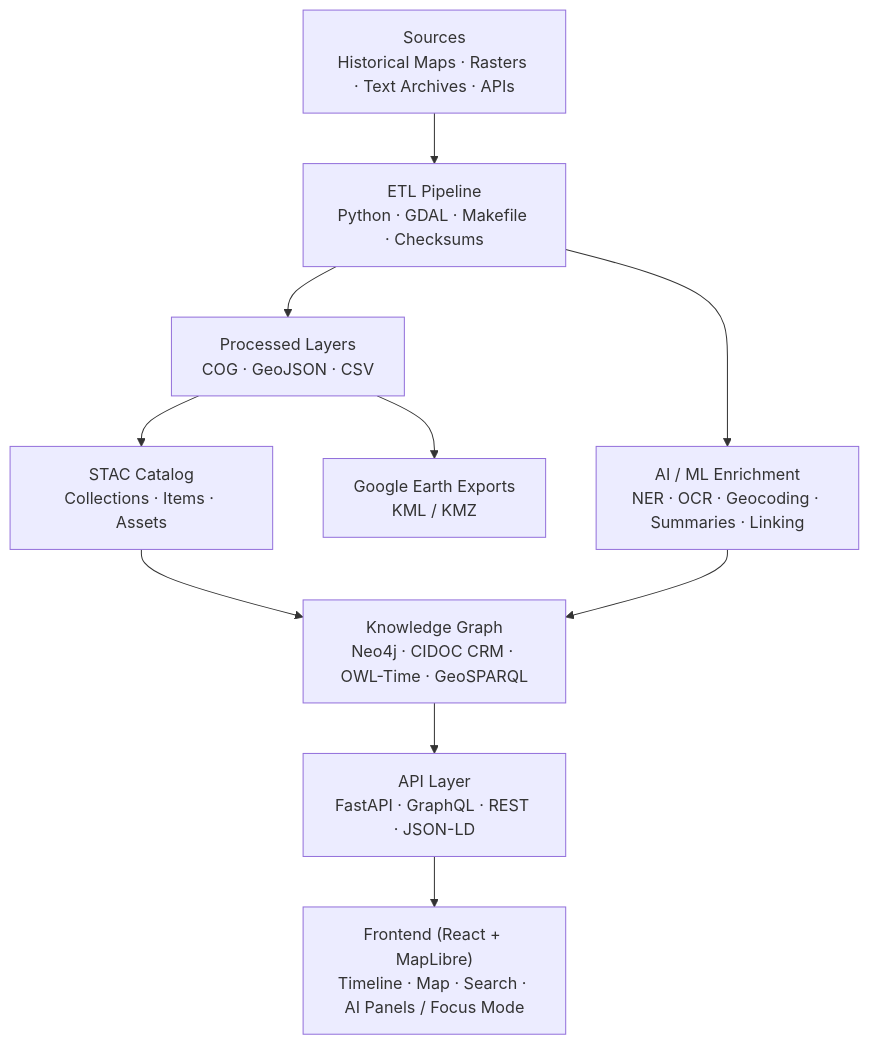
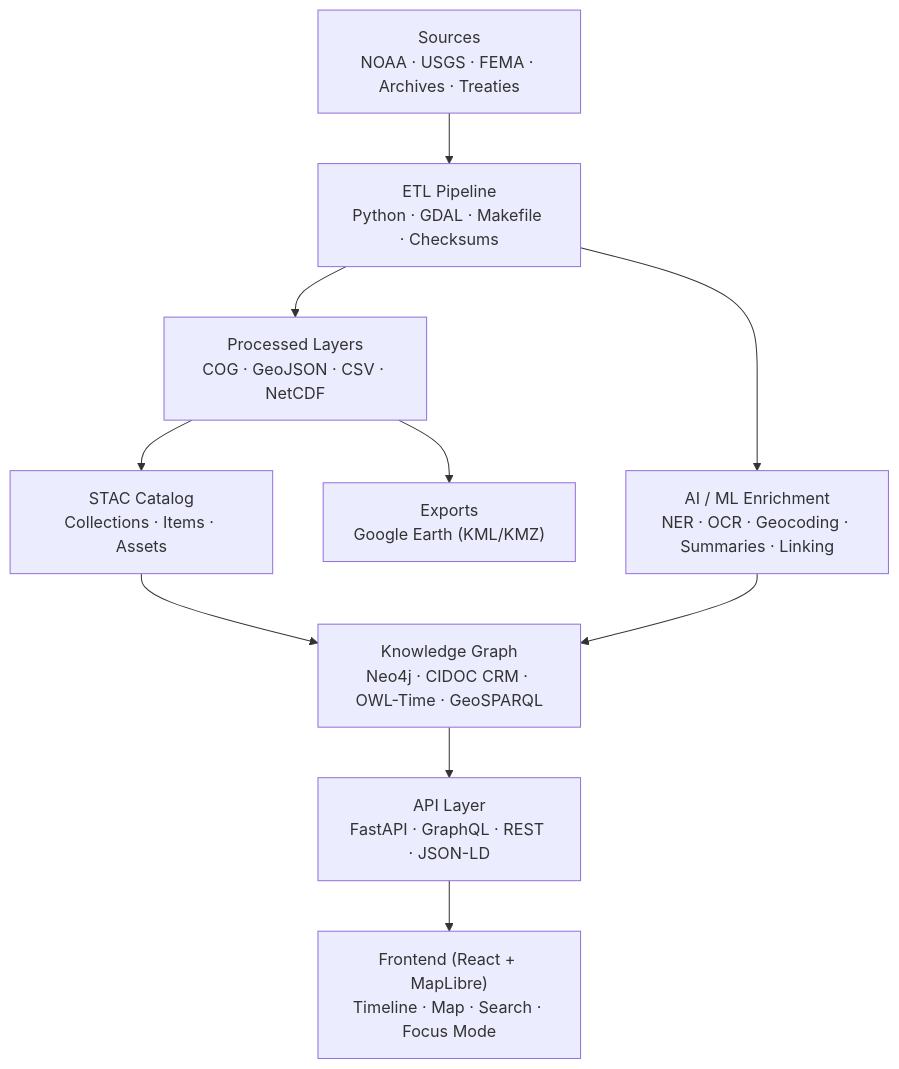
Before and after one commit to bartytime4life/Kansas-Frontier-Matrix: the diagram in ARCHITECTURE.md, drawn with Mermaid. The commit also changed other lines of this file, not shown here.

````diff
--- a/ARCHITECTURE.md
+++ b/ARCHITECTURE.md
@@ -101,13 +121,13 @@
 ```mermaid
 flowchart TD
-  A["Sources<br/>Historical Maps · Rasters · Text Archives · APIs"]
+  A["Sources<br/>NOAA · USGS · FEMA · Archives · Treaties"]
     --> B["ETL Pipeline<br/>Python · GDAL · Makefile · Checksums"]
-  B --> C["Processed Layers<br/>COG · GeoJSON · CSV"]
+  B --> C["Processed Layers<br/>COG · GeoJSON · CSV · NetCDF"]
   B --> I["AI / ML Enrichment<br/>NER · OCR · Geocoding · Summaries · Linking"]
   C --> D["STAC Catalog<br/>Collections · Items · Assets"]
   D --> H["Knowledge Graph<br/>Neo4j · CIDOC CRM · OWL-Time · GeoSPARQL"]
   I --> H
   H --> J["API Layer<br/>FastAPI · GraphQL · REST · JSON-LD"]
-  J --> F["Frontend (React + MapLibre)<br/>Timeline · Map · Search · AI Panels / Focus Mode"]
-  C --> K["Google Earth Exports<br/>KML / KMZ"]
+  J --> F["Frontend (React + MapLibre)<br/>Timeline · Map · Search · Focus Mode"]
+  C --> K["Exports<br/>Google Earth (KML/KMZ)"]
 ```
````
